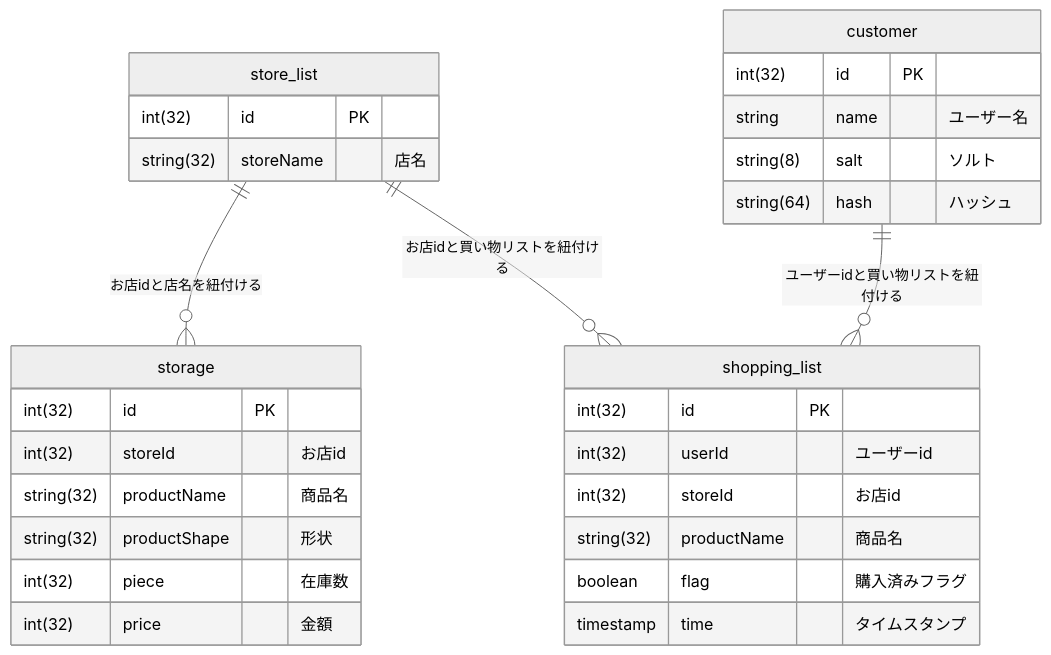
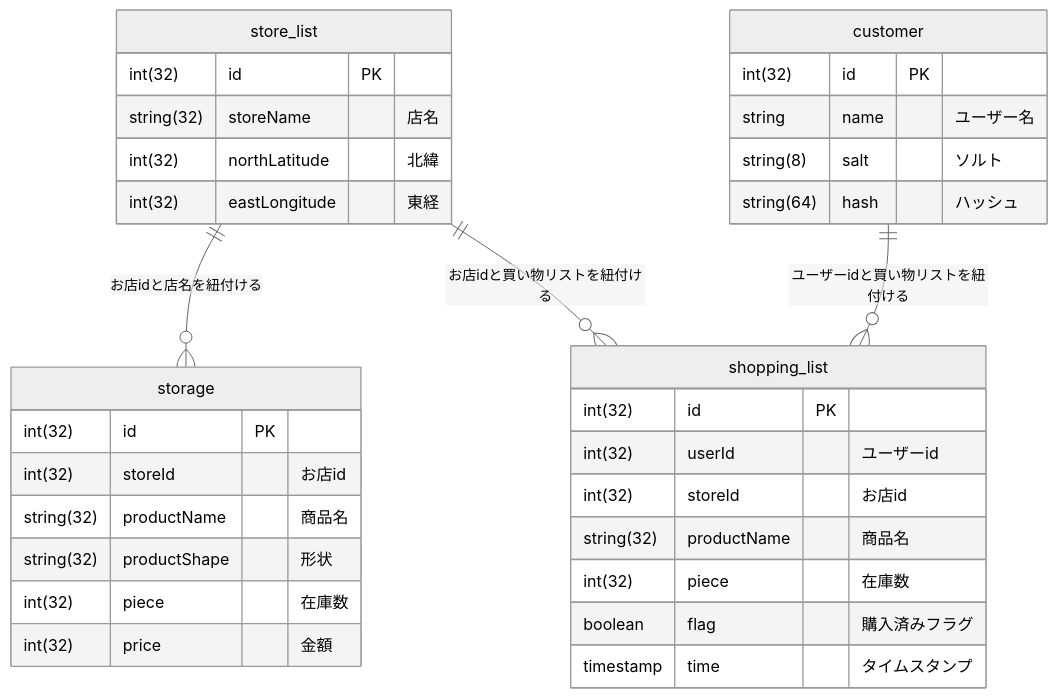
One commit to naoya84/yaoya_kandabashi changed the third of 3 diagrams in README.md. Above: the diagram before and after it, drawn with Mermaid (neutral theme). The commit also changed other lines of this file and 12 other files, not shown here.

````diff
--- a/README.md
+++ b/README.md
@@ -66,37 +68,40 @@
 ```mermaid
 erDiagram
   store_list ||--o{ storage: "お店idと店名を紐付ける"
   customer ||--o{ shopping_list: "ユーザーidと買い物リストを紐付ける"
   store_list ||--o{ shopping_list: "お店idと買い物リストを紐付ける"
 
     customer {
       int(32) id PK
       string name "ユーザー名"
       string(8) salt "ソルト"
       string(64) hash "ハッシュ"
     }
 
     store_list {
       int(32) id PK
       string(32) storeName "店名"
+      int(32) northLatitude "北緯"
+      int(32) eastLongitude "東経"
     }
 
     storage {
       int(32) id PK
       int(32) storeId "お店id"
       string(32) productName "商品名"
       string(32) productShape "形状"
       int(32) piece "在庫数"
       int(32) price "金額"
     }
 
     shopping_list {
       int(32) id PK
       int(32) userId "ユーザーid"
       int(32) storeId "お店id"
       string(32) productName "商品名"
+      int(32) piece "在庫数"
       boolean flag "購入済みフラグ"
       timestamp time "タイムスタンプ"
     }
 
 ```
````
